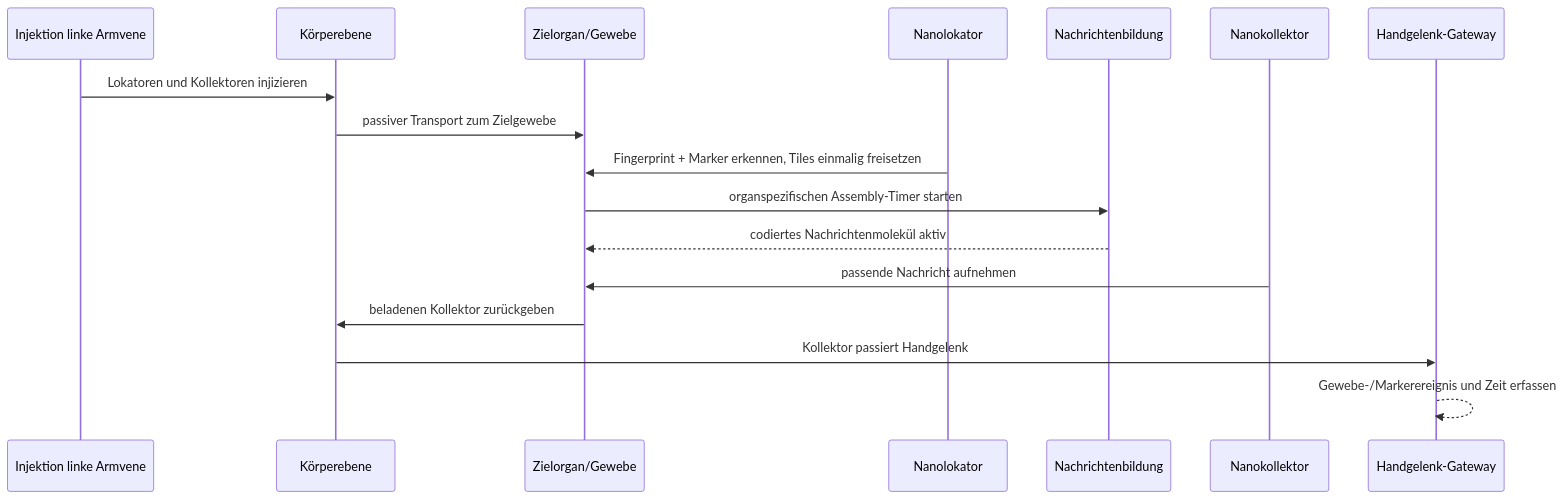
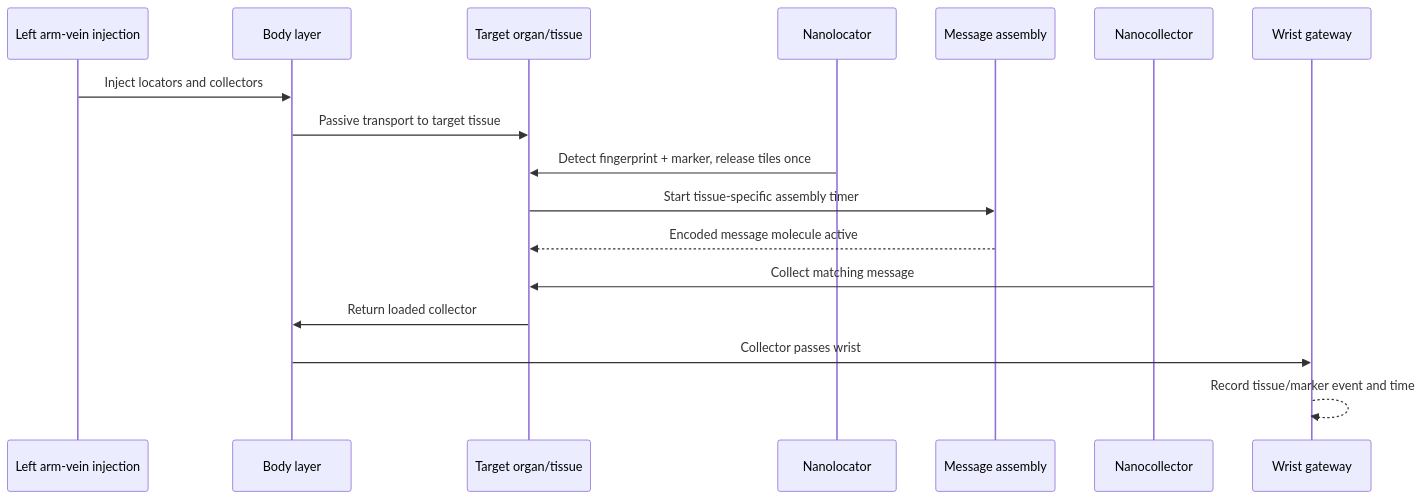
The diagram in docs/requirements/FINGERPRINTING_SCENARIO.md (RegineWendt/MEHLISSA), drawn with Mermaid before and after one commit. The commit also changed other lines of this file and 68 other files, not shown here.

````diff
--- a/docs/requirements/FINGERPRINTING_SCENARIO.md
+++ b/docs/requirements/FINGERPRINTING_SCENARIO.md
@@ -21,20 +30,20 @@
 ```mermaid
 sequenceDiagram
-    participant Injection as Injektion linke Armvene
-    participant Body as Körperebene
-    participant Organ as Zielorgan/Gewebe
-    participant Locator as Nanolokator
-    participant Assembly as Nachrichtenbildung
-    participant Collector as Nanokollektor
-    participant Gateway as Handgelenk-Gateway
+    participant Injection as Left arm-vein injection
+    participant Body as Body layer
+    participant Organ as Target organ/tissue
+    participant Locator as Nanolocator
+    participant Assembly as Message assembly
+    participant Collector as Nanocollector
+    participant Gateway as Wrist gateway
 
-    Injection->>Body: Lokatoren und Kollektoren injizieren
-    Body->>Organ: passiver Transport zum Zielgewebe
-    Locator->>Organ: Fingerprint + Marker erkennen, Tiles einmalig freisetzen
-    Organ->>Assembly: organspezifischen Assembly-Timer starten
-    Assembly-->>Organ: codiertes Nachrichtenmolekül aktiv
-    Collector->>Organ: passende Nachricht aufnehmen
-    Organ->>Body: beladenen Kollektor zurückgeben
-    Body->>Gateway: Kollektor passiert Handgelenk
-    Gateway-->>Gateway: Gewebe-/Markerereignis und Zeit erfassen
+    Injection->>Body: Inject locators and collectors
+    Body->>Organ: Passive transport to target tissue
+    Locator->>Organ: Detect fingerprint + marker, release tiles once
+    Organ->>Assembly: Start tissue-specific assembly timer
+    Assembly-->>Organ: Encoded message molecule active
+    Collector->>Organ: Collect matching message
+    Organ->>Body: Return loaded collector
+    Body->>Gateway: Collector passes wrist
+    Gateway-->>Gateway: Record tissue/marker event and time
 ```
````
